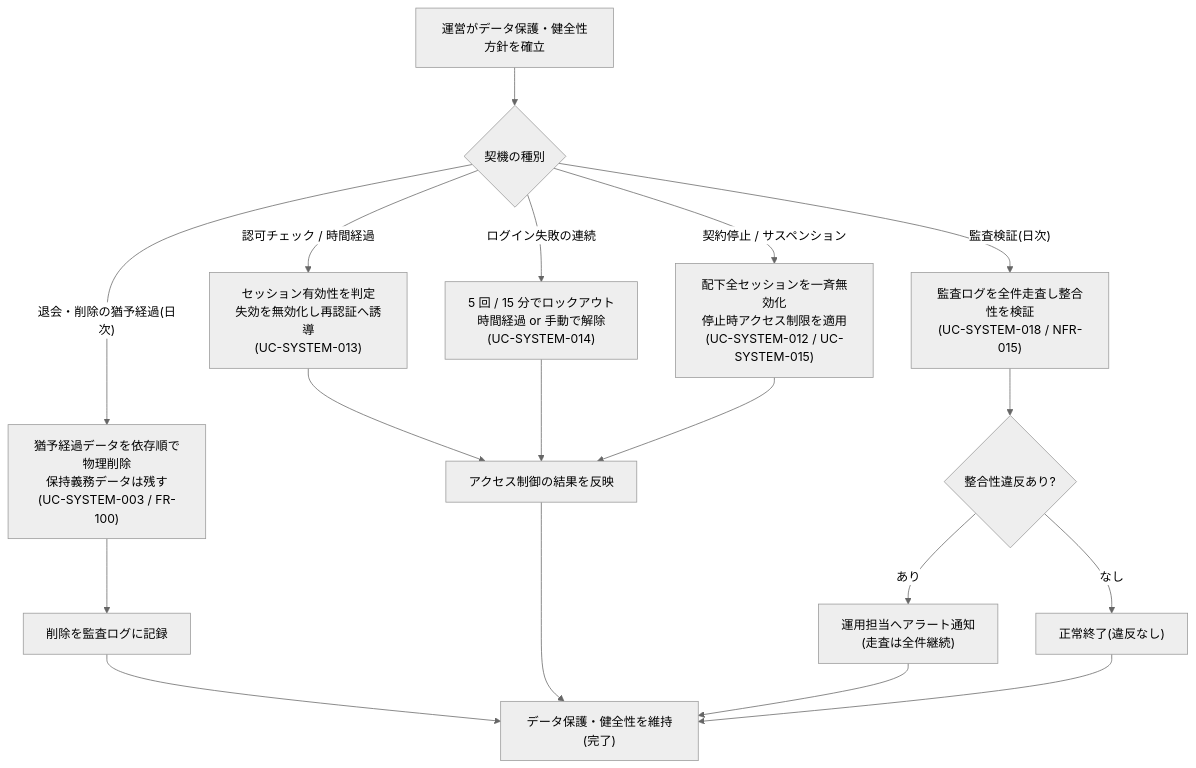
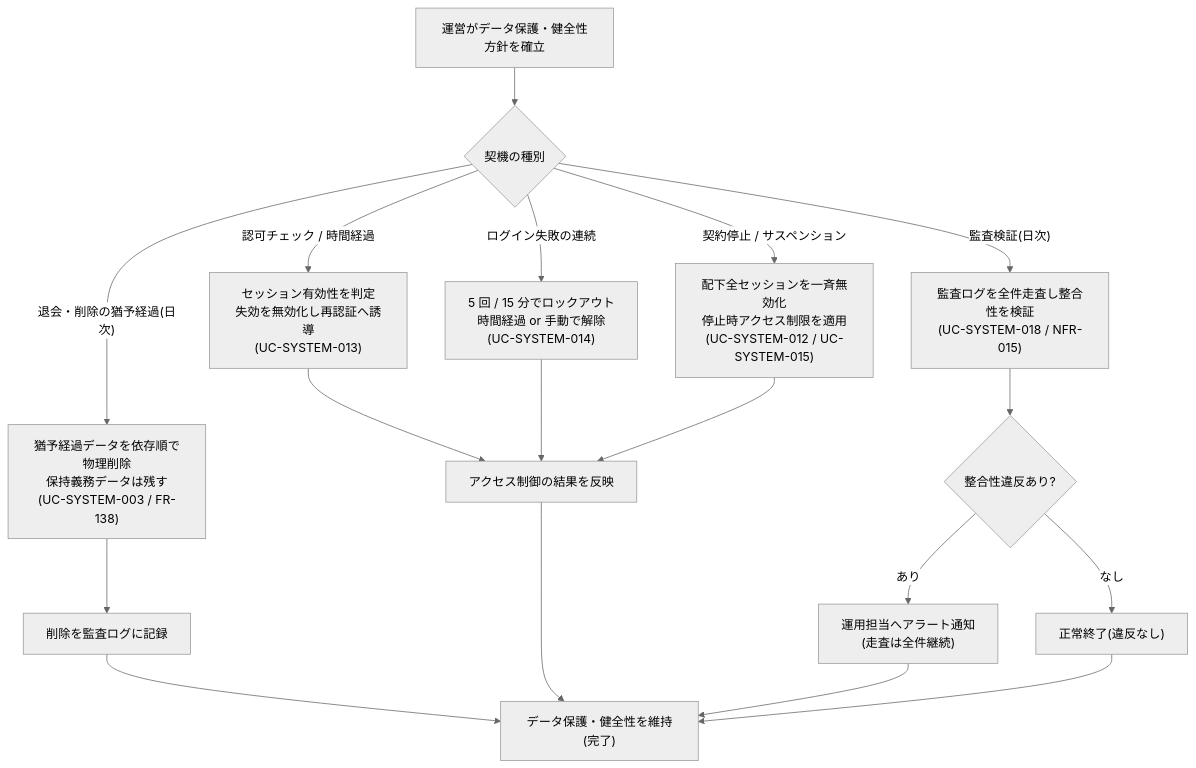
The diagram in 01_requirements/02_business_usecases/UC-BIZ-013.md (sikakou54/open-faq), drawn with Mermaid (neutral theme) before and after one commit. The commit also changed other lines of this file and 571 other files, not shown here.

````diff
--- a/01_requirements/02_business_usecases/UC-BIZ-013.md
+++ b/01_requirements/02_business_usecases/UC-BIZ-013.md
@@ -71,20 +71,20 @@
 ```mermaid
 flowchart TD
   A["運営がデータ保護・健全性方針を確立"] --> B{"契機の種別"}
-  B -- "退会・削除の猶予経過(日次)" --> C["猶予経過データを依存順で物理削除<br/>保持義務データは残す<br/>(UC-SYSTEM-003 / FR-100)"]
+  B -- "退会・削除の猶予経過(日次)" --> C["猶予経過データを依存順で物理削除<br/>保持義務データは残す<br/>(UC-SYSTEM-003 / FR-138)"]
   B -- "認可チェック / 時間経過" --> D["セッション有効性を判定<br/>失効を無効化し再認証へ誘導<br/>(UC-SYSTEM-013)"]
   B -- "ログイン失敗の連続" --> E["5 回 / 15 分でロックアウト<br/>時間経過 or 手動で解除<br/>(UC-SYSTEM-014)"]
   B -- "契約停止 / サスペンション" --> F["配下全セッションを一斉無効化<br/>停止時アクセス制限を適用<br/>(UC-SYSTEM-012 / UC-SYSTEM-015)"]
   B -- "監査検証(日次)" --> G["監査ログを全件走査し整合性を検証<br/>(UC-SYSTEM-018 / NFR-015)"]
   C --> H["削除を監査ログに記録"]
   D --> R["アクセス制御の結果を反映"]
   E --> R
   F --> R
   G --> I{"整合性違反あり?"}
   I -- "あり" --> J["運用担当へアラート通知<br/>(走査は全件継続)"]
   I -- "なし" --> K["正常終了(違反なし)"]
   H --> Z["データ保護・健全性を維持(完了)"]
   R --> Z
   J --> Z
   K --> Z
 ```
````
